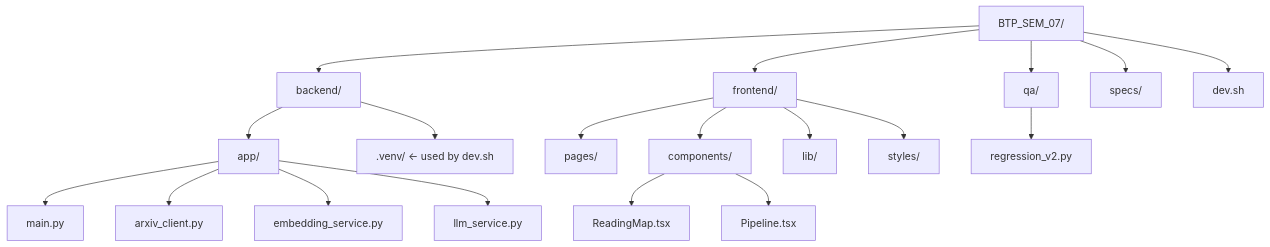
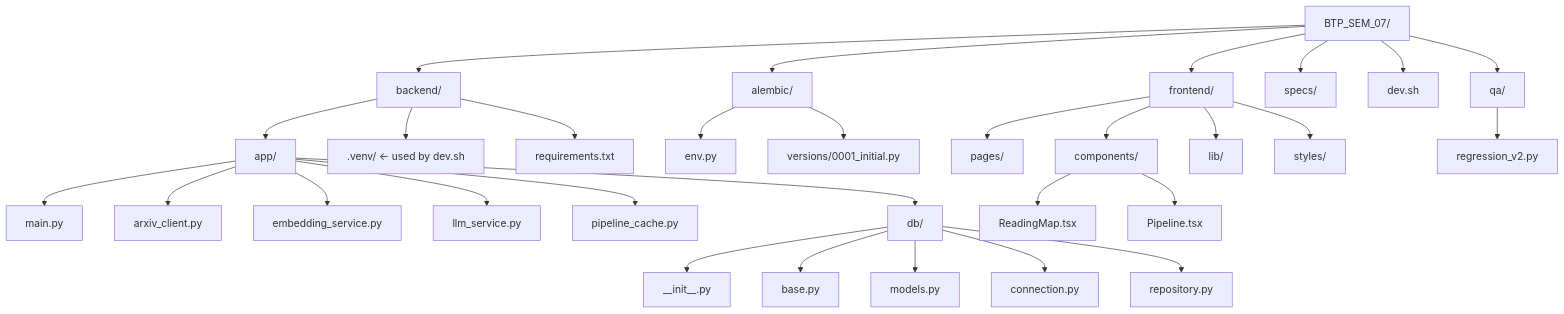
Before and after one commit to SKARAlpha0407/BTP_SEM_07: the fifth of 5 diagrams in REPORT.md, drawn with Mermaid. The commit also changed other lines of this file and 21 other files, not shown here.

First line of the commit message:
feat: pgvector-backed persistent cache for pipeline

````diff
--- a/REPORT.md
+++ b/REPORT.md
@@ -153,25 +237,37 @@
 ```mermaid
 flowchart TB
     ROOT["BTP_SEM_07/"]
     ROOT --> BE["backend/"]
     ROOT --> FE["frontend/"]
     ROOT --> QA["qa/"]
     ROOT --> SPEC["specs/"]
     ROOT --> DEV["dev.sh"]
+    ROOT --> ALE["alembic/"]
 
     BE --> BAPP["app/"]
     BE --> BVENV[".venv/  ← used by dev.sh"]
+    BE --> BREQ["requirements.txt"]
     BAPP --> MAIN["main.py"]
     BAPP --> ARC["arxiv_client.py"]
     BAPP --> EMS["embedding_service.py"]
     BAPP --> LMS["llm_service.py"]
+    BAPP --> PCACHE["pipeline_cache.py"]
+    BAPP --> DB["db/"]
+    DB --> DINIT["__init__.py"]
+    DB --> DBASE["base.py"]
+    DB --> DMODELS["models.py"]
+    DB --> DCONN["connection.py"]
+    DB --> DREPO["repository.py"]
+
+    ALE --> AENV["env.py"]
+    ALE --> AVER["versions/0001_initial.py"]
 
     FE --> PAGES["pages/"]
     FE --> COMP["components/"]
     FE --> LIB["lib/"]
     FE --> STY["styles/"]
     COMP --> RM["ReadingMap.tsx"]
     COMP --> PL["Pipeline.tsx"]
 
     QA --> REG["regression_v2.py"]
 ```
````
